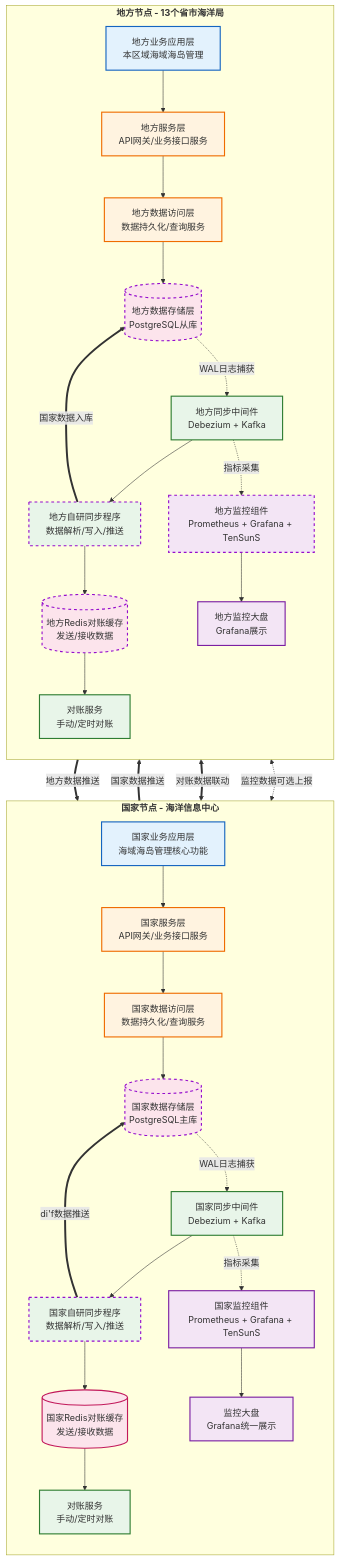
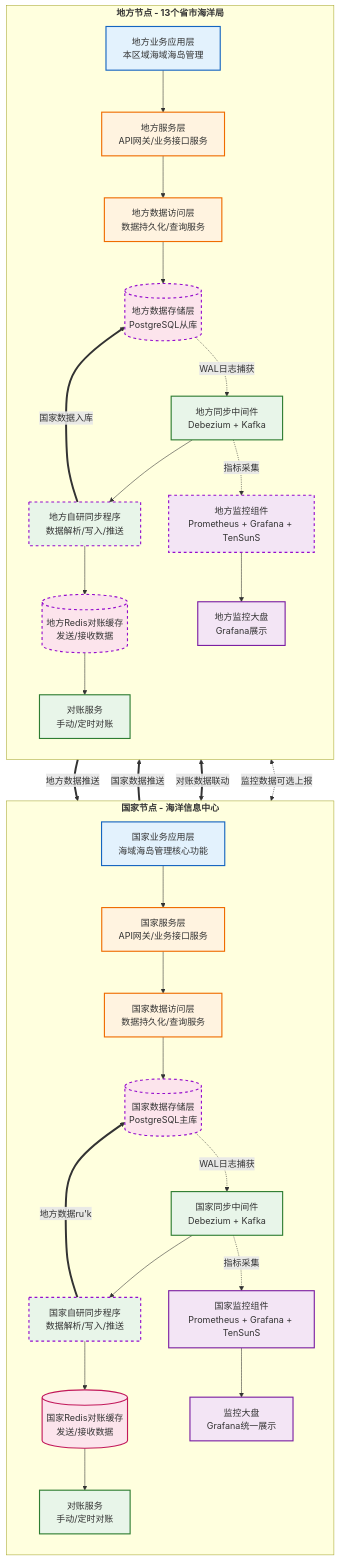
The diagram in all/未命名-1.md (MyJohn2/iodraw-files), drawn with Mermaid before and after one commit.

Commit message:
2026-03-04 13:42:19 update

````diff
--- a/all/未命名-1.md
+++ b/all/未命名-1.md
@@ -1,68 +1,68 @@
 ```mermaid
 flowchart TD
     %% 定义样式
     classDef app fill:#e3f2fd,stroke:#1565c0,stroke-width:2px;
     classDef service fill:#fff3e0,stroke:#ef6c00,stroke-width:2px;
     classDef data fill:#fce4ec,stroke:#c2185b,stroke-width:2px;
     classDef sync fill:#e8f5e9,stroke:#2e7d32,stroke-width:2px;
     classDef monitor fill:#f3e5f5,stroke:#7b1fa2,stroke-width:2px;
     classDef linkLine stroke:#950DCD,stroke-width:2px,stroke-dasharray: 5 5;
 
     %% 国家节点 - 修复了标题括号问题
     subgraph NationNode [<B>国家节点 - 海洋信息中心]
         direction TB
         A1[国家业务应用层<br/>海域海岛管理核心功能]:::app
         B1[国家服务层<br/>API网关/业务接口服务]:::service
         C1[国家数据访问层<br/>数据持久化/查询服务]:::service
         D1[(国家数据存储层<br/>PostgreSQL主库)]:::data
         E1[国家同步中间件<br/>Debezium + Kafka]:::sync
         F1[国家自研同步程序<br/>数据解析/写入/推送]:::sync
         G1[(国家Redis对账缓存<br/>发送/接收数据)]:::data
         H1[国家监控组件<br/>Prometheus + Grafana + TenSunS]:::monitor
         I1[对账服务<br/>手动/定时对账]:::sync
         J1[监控大盘<br/>Grafana统一展示]:::monitor
 
         A1 --> B1
         B1 --> C1
         C1 --> D1
         D1 -.->|WAL日志捕获 | E1
         E1 --> F1
         F1 --> G1
         E1 -.->|指标采集 | H1
         G1 --> I1
         H1 --> J1
     end
     
     %% 地方节点 - 修复了标题括号问题
     subgraph LocalNode [<B>地方节点 - 13个省市海洋局]
         direction TB
         A2[地方业务应用层<br/>本区域海域海岛管理]:::app
         B2[地方服务层<br/>API网关/业务接口服务]:::service
         C2[地方数据访问层<br/>数据持久化/查询服务]:::service
         D2[(地方数据存储层<br/>PostgreSQL从库)]:::data
         E2[地方同步中间件<br/>Debezium + Kafka]:::sync
         F2[地方自研同步程序<br/>数据解析/写入/推送]:::sync
         G2[(地方Redis对账缓存<br/>发送/接收数据)]:::data
         H2[地方监控组件<br/>Prometheus + Grafana + TenSunS]:::monitor
         I2[对账服务<br/>手动/定时对账]:::sync
         J2[地方监控大盘<br/>Grafana展示]:::monitor
 
         A2 --> B2
         B2 --> C2
         C2 --> D2
         D2 -.->|WAL日志捕获 | E2
         E2 --> F2
         F2 --> G2
         E2 -.->|指标采集 | H2
         G2 --> I2
         H2 --> J2
     end
     
     %% 跨节点交互
     E2 ==>|地方数据推送 | F1:::linkLine
     E1 ==>|国家数据推送 | F2:::linkLine
     G1 <==>|对账数据联动 | G2:::linkLine
     H1 <-.->|监控数据可选上报 | H2:::linkLine
     F2 ==>|国家数据入库 | D2:::linkLine
-    F1 ==>|di'f数据推送 | D1:::linkLine
+    F1 ==>|地方数据ru'k | D1:::linkLine
 ```
````
